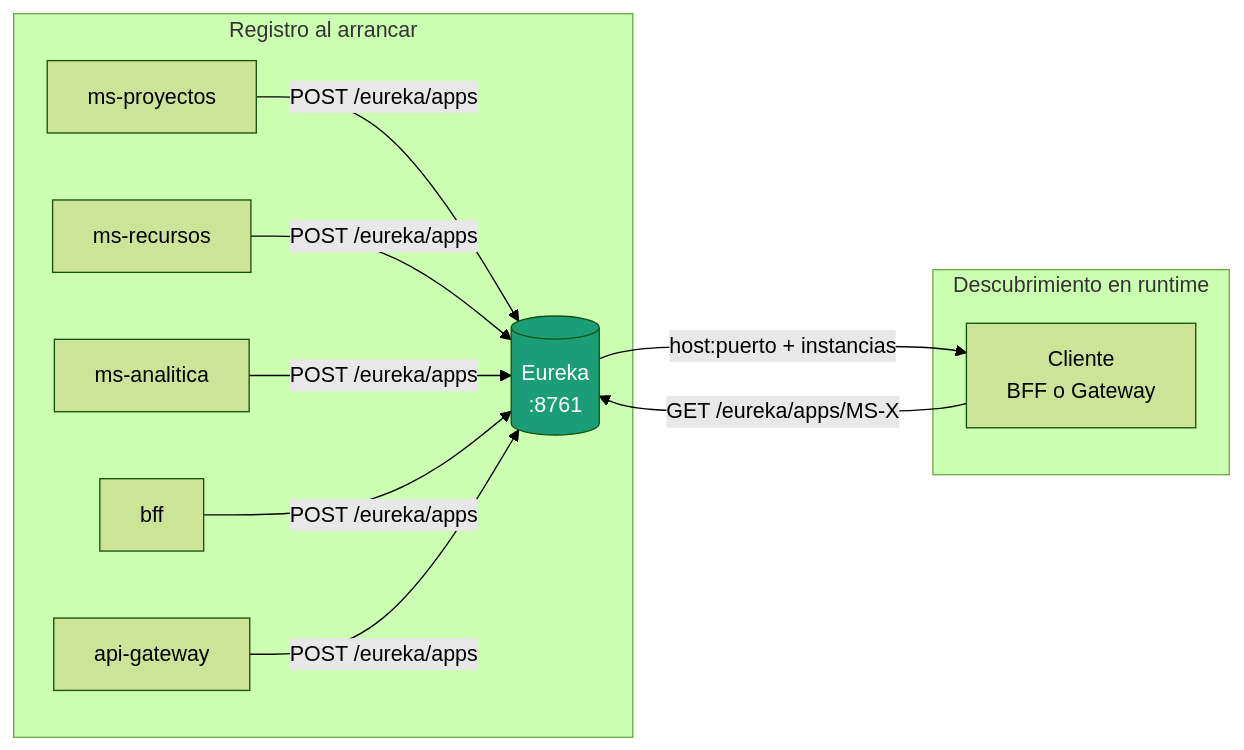
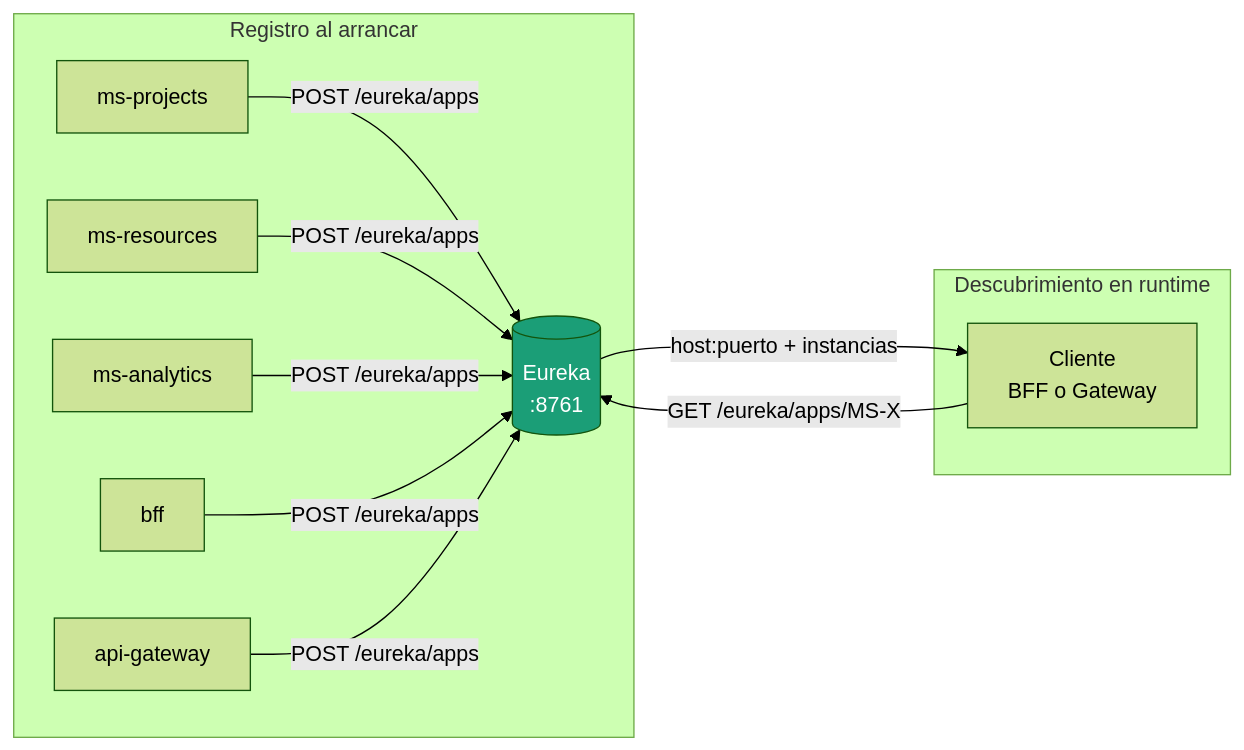
The fifth of 7 diagrams in README.md (najescobar-ui/innovatechSolutionNEEP_FS), drawn with Mermaid (forest theme) before and after one commit. The commit also changed other lines of this file and 1 other file, not shown here.

````diff
--- a/README.md
+++ b/README.md
@@ -264,17 +264,17 @@
 ```mermaid
 graph LR
     subgraph "Registro al arrancar"
-        S1[ms-proyectos] -->|POST /eureka/apps| E[(Eureka<br/>:8761)]
-        S2[ms-recursos] -->|POST /eureka/apps| E
-        S3[ms-analitica] -->|POST /eureka/apps| E
+        S1[ms-projects] -->|POST /eureka/apps| E[(Eureka<br/>:8761)]
+        S2[ms-resources] -->|POST /eureka/apps| E
+        S3[ms-analytics] -->|POST /eureka/apps| E
         S4[bff] -->|POST /eureka/apps| E
         S5[api-gateway] -->|POST /eureka/apps| E
     end
 
     subgraph "Descubrimiento en runtime"
         CLIENT[Cliente<br/>BFF o Gateway] -->|GET /eureka/apps/MS-X| E
         E -->|host:puerto + instancias| CLIENT
     end
 
     style E fill:#1B9E77,color:#fff
 ```
````
